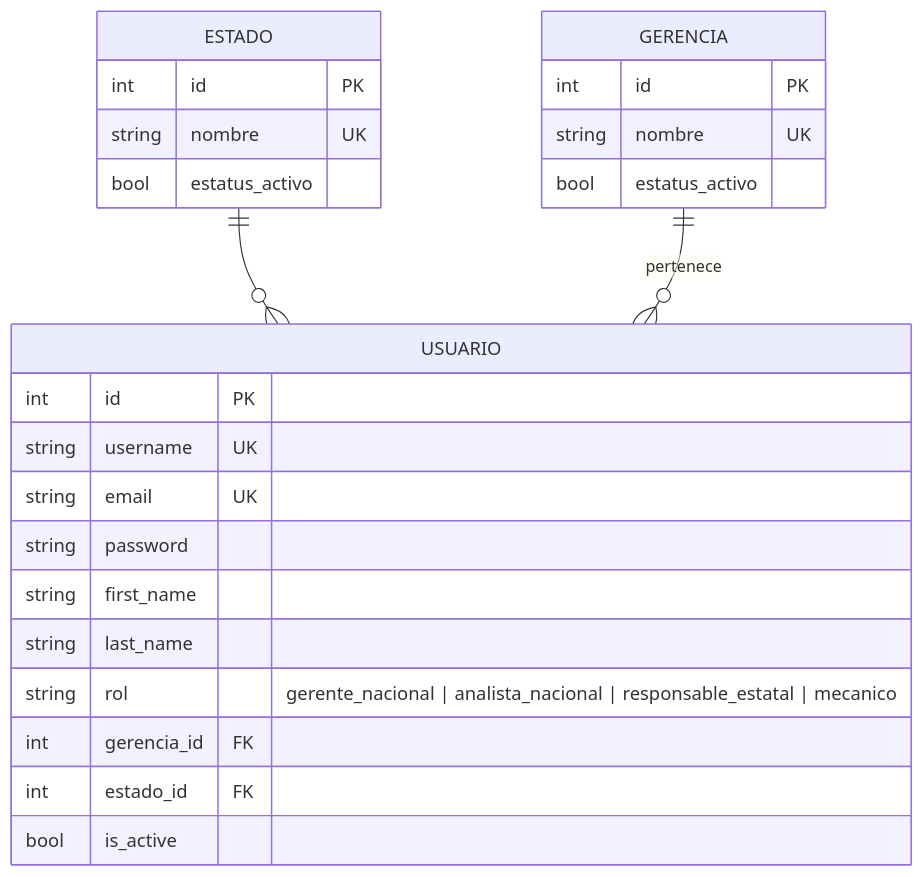
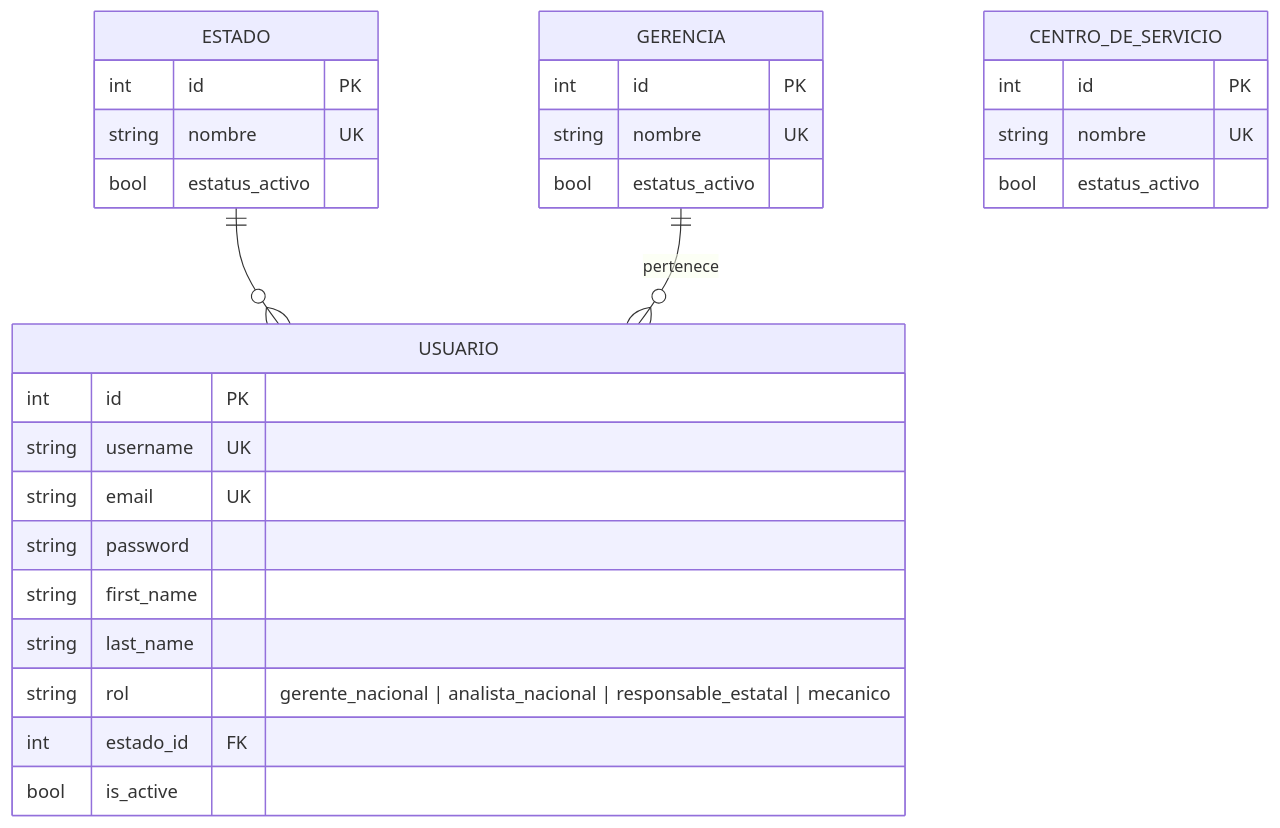
One commit to danielcaraballo/sistema-control-flota changed the third of 4 diagrams in docs/architecture.md. Above: the diagram before and after it, drawn with Mermaid. The commit also changed other lines of this file and 11 other files, not shown here.

Commit message:
feat: add CentroDeServicio model and reorganize admin/frontend sidebar

````diff
--- a/docs/architecture.md
+++ b/docs/architecture.md
@@ -57,30 +57,35 @@
 ```mermaid
 erDiagram
     ESTADO ||--o{ USUARIO : ""
     GERENCIA ||--o{ USUARIO : pertenece
 
     ESTADO {
         int id PK
         string nombre UK
         bool estatus_activo
     }
 
     GERENCIA {
         int id PK
         string nombre UK
         bool estatus_activo
     }
 
+    CENTRO_DE_SERVICIO {
+        int id PK
+        string nombre UK
+        bool estatus_activo
+    }
+
     USUARIO {
         int id PK
         string username UK
         string email UK
         string password
         string first_name
         string last_name
         string rol "gerente_nacional | analista_nacional | responsable_estatal | mecanico"
-        int gerencia_id FK
         int estado_id FK
         bool is_active
     }
 ```
````
